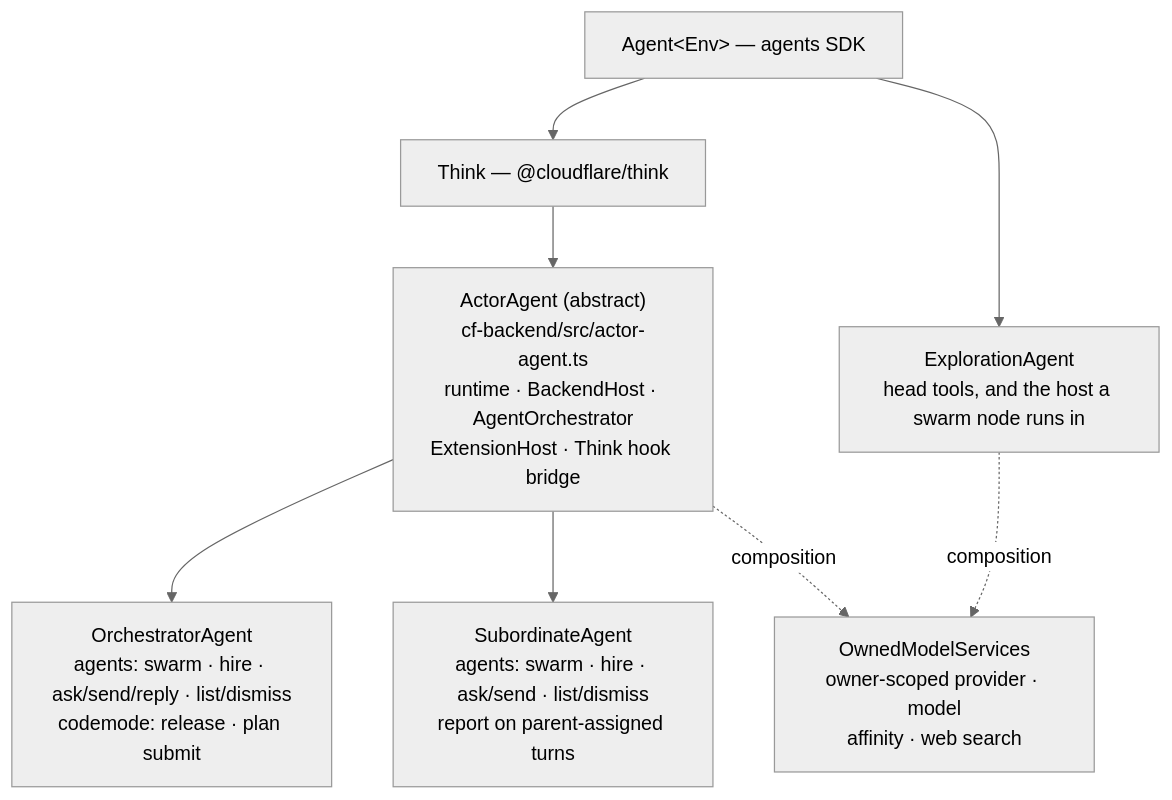
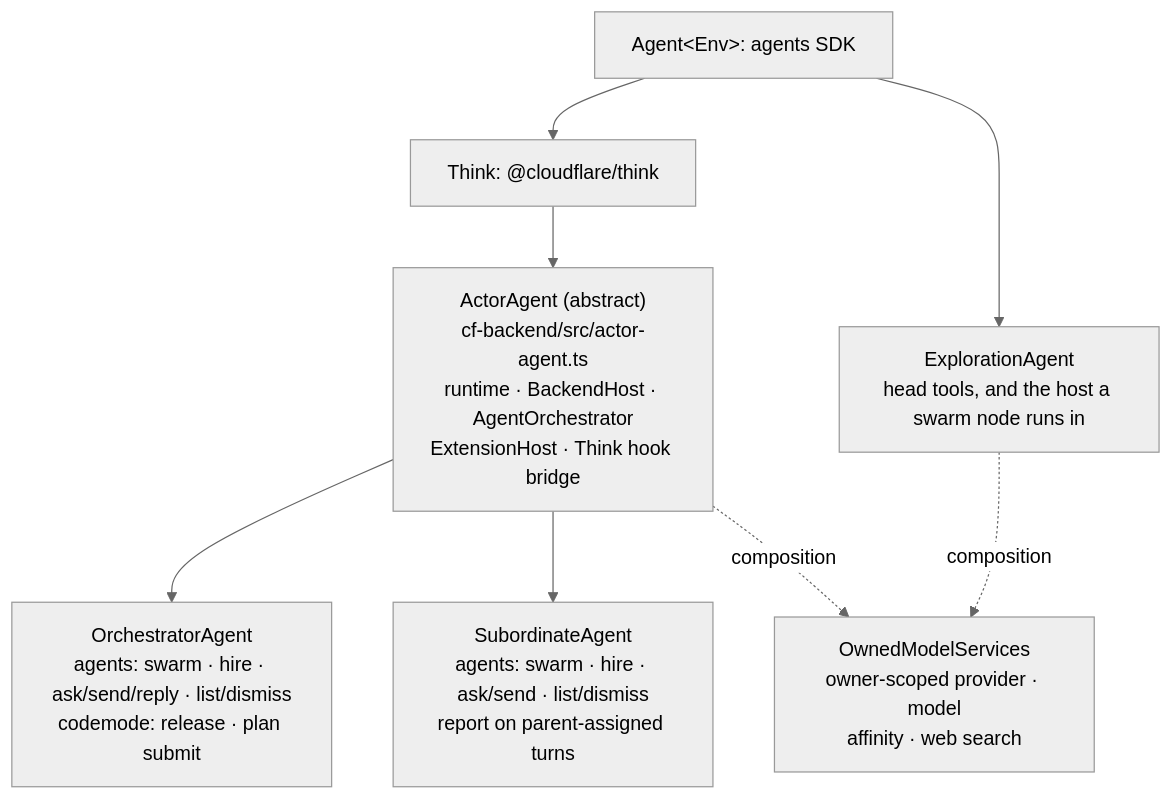
One commit to AshishKumar4/kinu changed the second of 5 diagrams in docs/ARCHITECTURE.md. Above: the diagram before and after it, drawn with Mermaid (neutral theme). The commit also changed other lines of this file and 49 other files, not shown here.

````diff
--- a/docs/ARCHITECTURE.md
+++ b/docs/ARCHITECTURE.md
@@ -63,17 +61,17 @@
 ```mermaid
 graph TB
-    A["Agent&lt;Env&gt; — agents SDK"]
-    T["Think — @cloudflare/think"]
+    A["Agent&lt;Env&gt;: agents SDK"]
+    T["Think: @cloudflare/think"]
     AA["ActorAgent (abstract)<br/>cf-backend/src/actor-agent.ts<br/>runtime · BackendHost · AgentOrchestrator<br/>ExtensionHost · Think hook bridge"]
     O["OrchestratorAgent<br/>agents: swarm · hire · ask/send/reply · list/dismiss<br/>codemode: release · plan submit"]
     S["SubordinateAgent<br/>agents: swarm · hire · ask/send · list/dismiss<br/>report on parent-assigned turns"]
     E["ExplorationAgent<br/>head tools, and the host a swarm node runs in"]
     OMS["OwnedModelServices<br/>owner-scoped provider · model<br/>affinity · web search"]
 
     A --> T --> AA
     AA --> O
     AA --> S
     A --> E
     AA -.->|composition| OMS
     E -.->|composition| OMS
 ```
````
